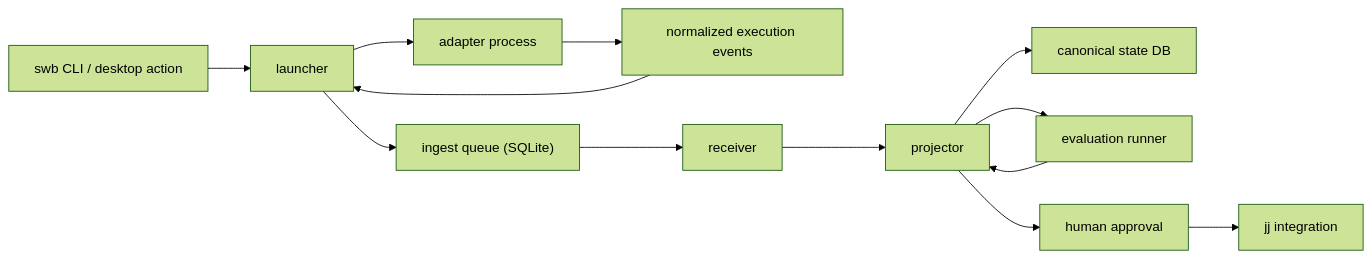
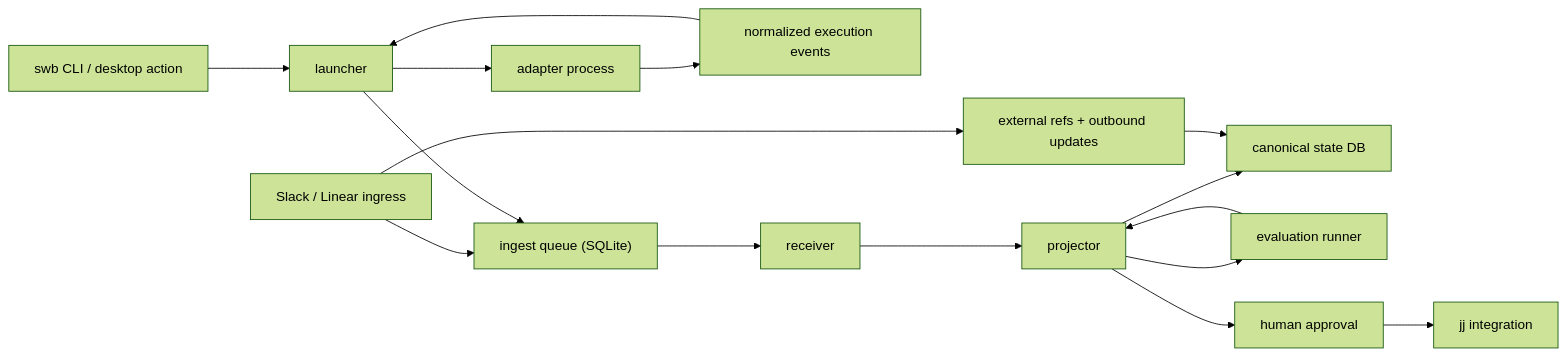
Before and after one commit to artk-code/stackbench: the diagram in STACKBENCH_ARCHITECTURE.md, drawn with Mermaid (forest theme). The commit also changed other lines of this file and 40 other files, not shown here.

````diff
--- a/STACKBENCH_ARCHITECTURE.md
+++ b/STACKBENCH_ARCHITECTURE.md
@@ -19,15 +20,18 @@
 ```mermaid
 flowchart LR
     CLI["swb CLI / desktop action"] --> L["launcher"]
+    I["Slack / Linear ingress"] --> Q["ingest queue (SQLite)"]
     L --> Q["ingest queue (SQLite)"]
     L --> A["adapter process"]
     A --> E["normalized execution events"]
     E --> L
     Q --> R["receiver"]
     R --> P["projector"]
     P --> S["canonical state DB"]
+    I --> X["external refs + outbound updates"]
+    X --> S
     P --> V["evaluation runner"]
     V --> P
     P --> H["human approval"]
     H --> J["jj integration"]
 ```
````
